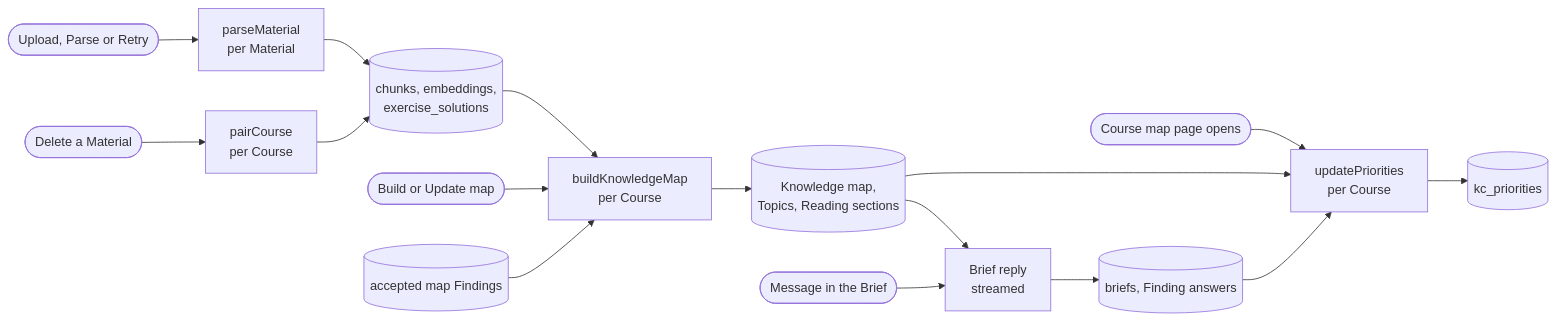
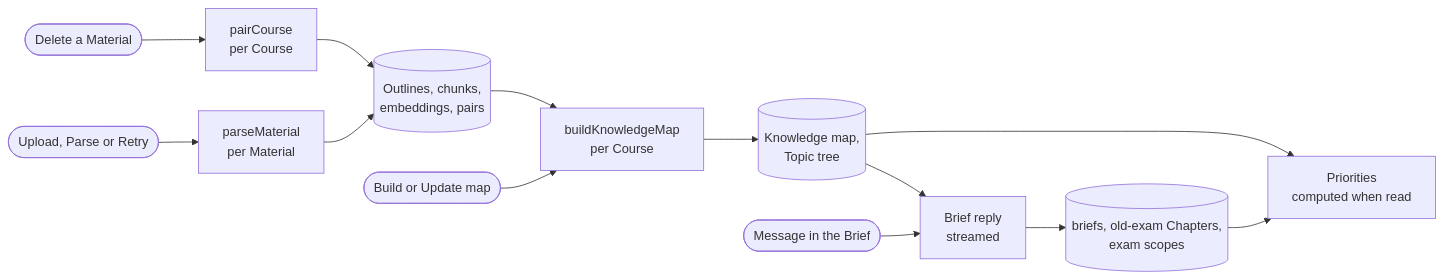
One commit to 69420pm/project-mastery changed the diagram in docs/features/knowledge-map-pipeline.md. Above: the diagram before and after it, drawn with Mermaid. The commit also changed other lines of this file and 381 other files, not shown here.

````diff
--- a/docs/features/knowledge-map-pipeline.md
+++ b/docs/features/knowledge-map-pipeline.md
@@ -7,18 +9,15 @@
 ```mermaid
 flowchart LR
   upload([Upload, Parse or Retry]) --> parse[parseMaterial<br/>per Material]
   delete([Delete a Material]) --> pair[pairCourse<br/>per Course]
-  parse --> chunks[(chunks, embeddings,<br/>exercise_solutions)]
+  parse --> chunks[(Outlines, chunks,<br/>embeddings, pairs)]
   pair --> chunks
   press([Build or Update map]) --> build[buildKnowledgeMap<br/>per Course]
   chunks --> build
-  mapFindings[(accepted map Findings)] --> build
-  build --> map[(Knowledge map,<br/>Topics, Reading sections)]
-  open([Course map page opens]) --> prio[updatePriorities<br/>per Course]
-  map --> prio
+  build --> map[(Knowledge map,<br/>Topic tree)]
   brief([Message in the Brief]) --> reply[Brief reply<br/>streamed]
-  reply --> briefRows[(briefs, Finding answers)]
+  reply --> briefRows[(briefs, old-exam Chapters,<br/>exam scopes)]
+  map --> reply
+  map --> prio[Priorities<br/>computed when read]
   briefRows --> prio
-  map --> reply
-  prio --> priorities[(kc_priorities)]
 ```
````
